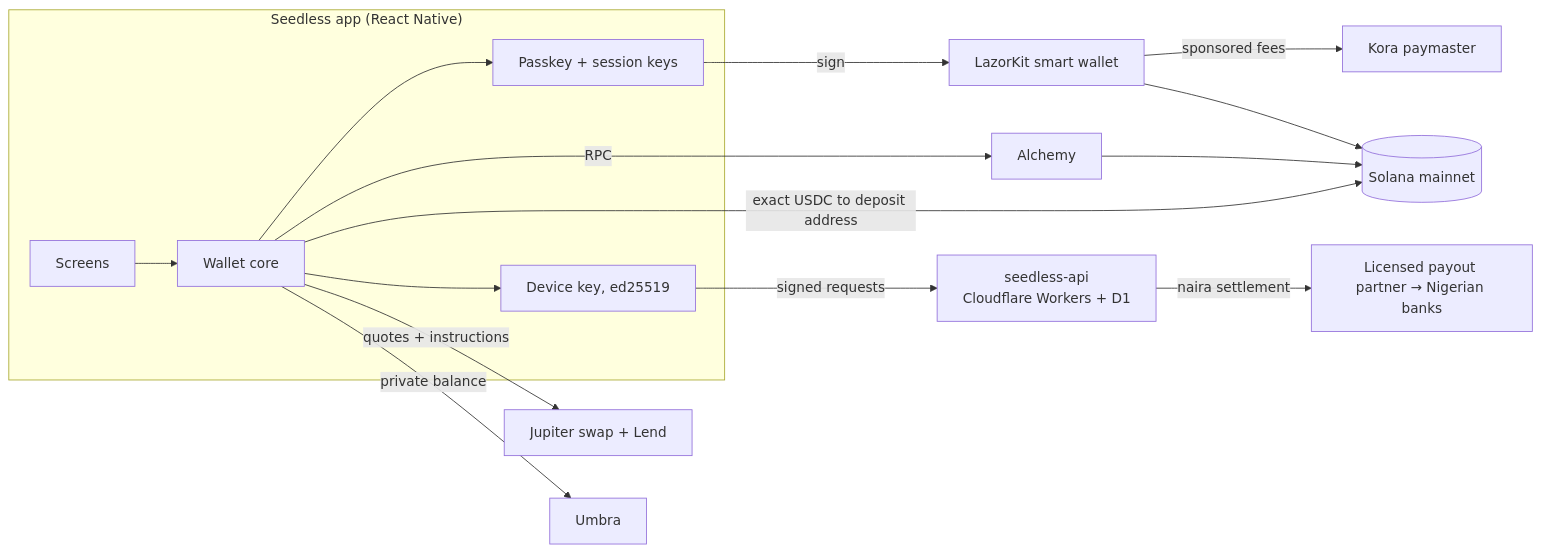
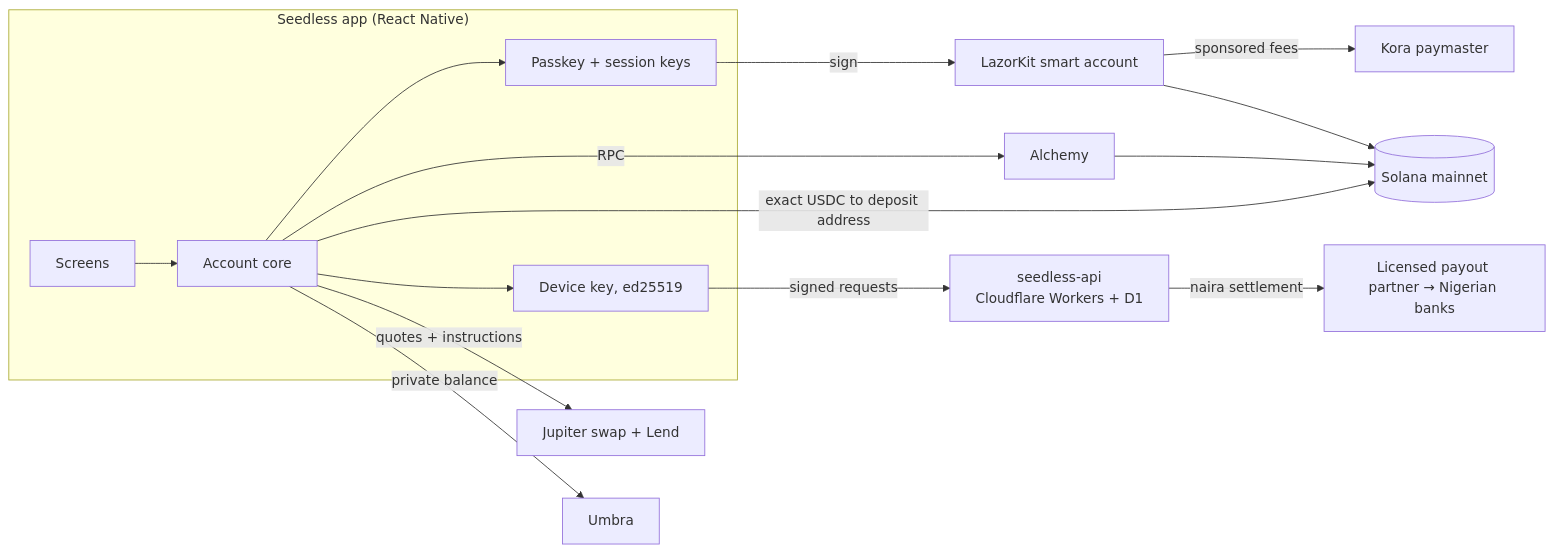
One commit to seedless-labs/.github changed the diagram in profile/README.md. Above: the diagram before and after it, drawn with Mermaid. The commit also changed other lines of this file, not shown here.

First line of the commit message:
Profile: Seedless is a money app, not a wallet

````diff
--- a/profile/README.md
+++ b/profile/README.md
@@ -52,21 +52,21 @@
 ```mermaid
 flowchart LR
   subgraph Phone["Seedless app (React Native)"]
-    UI[Screens] --> Core[Wallet core]
+    UI[Screens] --> Core[Account core]
     Core --> PK[Passkey + session keys]
     Core --> DK[Device key, ed25519]
   end
 
-  PK -->|sign| LZ[LazorKit smart wallet]
+  PK -->|sign| LZ[LazorKit smart account]
   LZ -->|sponsored fees| KO[Kora paymaster]
   LZ --> SOL[(Solana mainnet)]
 
   Core -->|quotes + instructions| JUP[Jupiter swap + Lend]
   Core -->|private balance| UMB[Umbra]
   Core -->|RPC| RPC[Alchemy]
   RPC --> SOL
 
   DK -->|signed requests| API[seedless-api<br/>Cloudflare Workers + D1]
   API -->|naira settlement| BANK[Licensed payout partner → Nigerian banks]
   Core -->|exact USDC to deposit address| SOL
 ```
````
